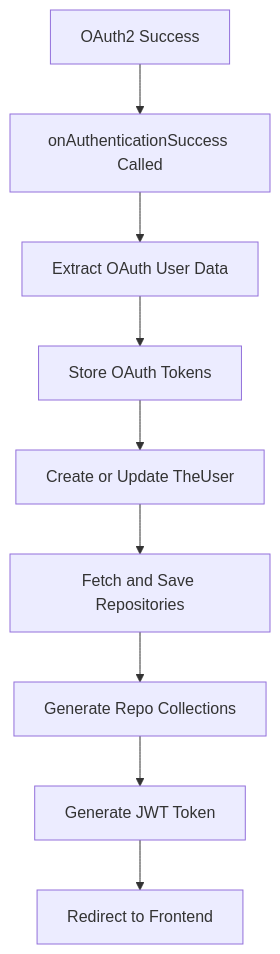
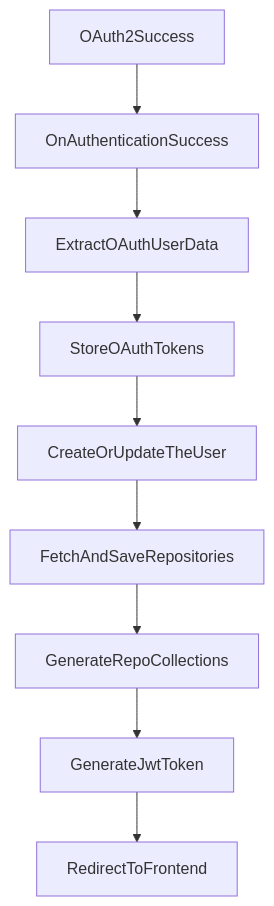
The diagram in docs/REPOSITORY_OVERVIEW.md (test-company-prowiz/Easy-Repo), drawn with Mermaid before and after one commit. The commit also changed other lines of this file, not shown here.

````diff
--- a/docs/REPOSITORY_OVERVIEW.md
+++ b/docs/REPOSITORY_OVERVIEW.md
@@ -53,11 +59,11 @@
 ```mermaid
 graph TD
-A[OAuth2 Success] --> B[onAuthenticationSuccess Called]
-B --> C[Extract OAuth User Data]
-C --> D[Store OAuth Tokens]
-D --> E[Create or Update TheUser]
-E --> F[Fetch and Save Repositories]
-F --> G[Generate Repo Collections]
-G --> H[Generate JWT Token]
-H --> I[Redirect to Frontend]
+A[OAuth2Success] --> B[OnAuthenticationSuccess]
+B --> C[ExtractOAuthUserData]
+C --> D[StoreOAuthTokens]
+D --> E[CreateOrUpdateTheUser]
+E --> F[FetchAndSaveRepositories]
+F --> G[GenerateRepoCollections]
+G --> H[GenerateJwtToken]
+H --> I[RedirectToFrontend]
 ```
````
